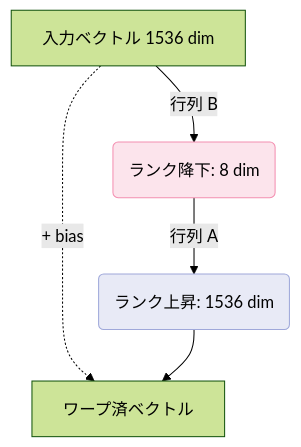
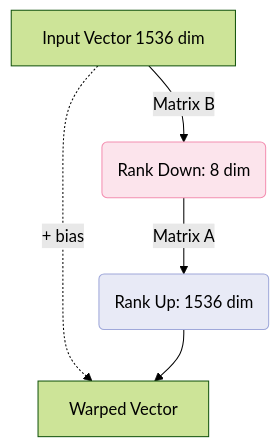
Before and after one commit to daiki-moritake/warpvector: the third of 3 diagrams in docs/1-core-adapters.md, drawn with Mermaid (forest theme). The commit also changed other lines of this file and 47 other files, not shown here.

````diff
--- a/docs/1-core-adapters.md
+++ b/docs/1-core-adapters.md
@@ -90,10 +90,10 @@
 ```mermaid
 graph TD
-    X[入力ベクトル 1536 dim] -->|行列 B| Down(ランク降下: 8 dim)
-    Down -->|行列 A| Up(ランク上昇: 1536 dim)
+    X[Input Vector 1536 dim] -->|Matrix B| Down(Rank Down: 8 dim)
+    Down -->|Matrix A| Up(Rank Up: 1536 dim)
     X -.->|+ bias| Y
-    Up --> Y[ワープ済ベクトル]
+    Up --> Y[Warped Vector]
     
     style Down fill:#fce4ec,stroke:#f48fb1
     style Up fill:#e8eaf6,stroke:#9fa8da
 ```
````
